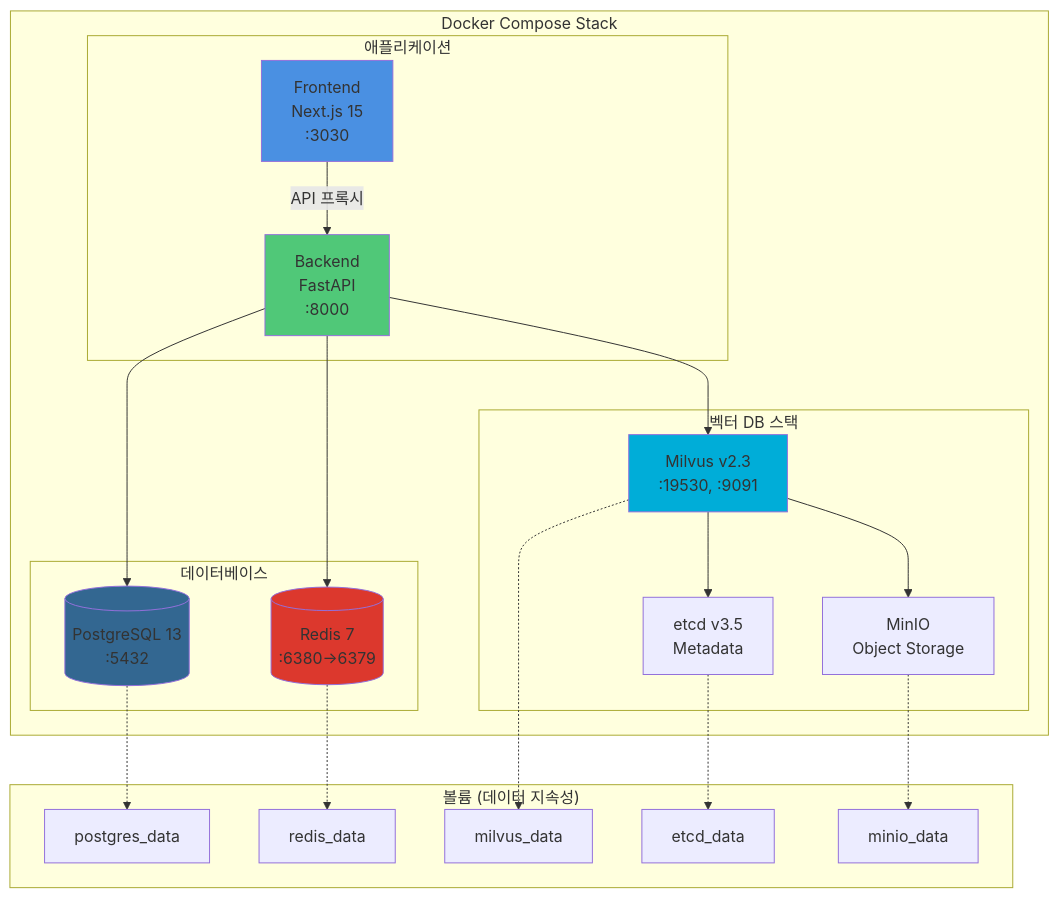
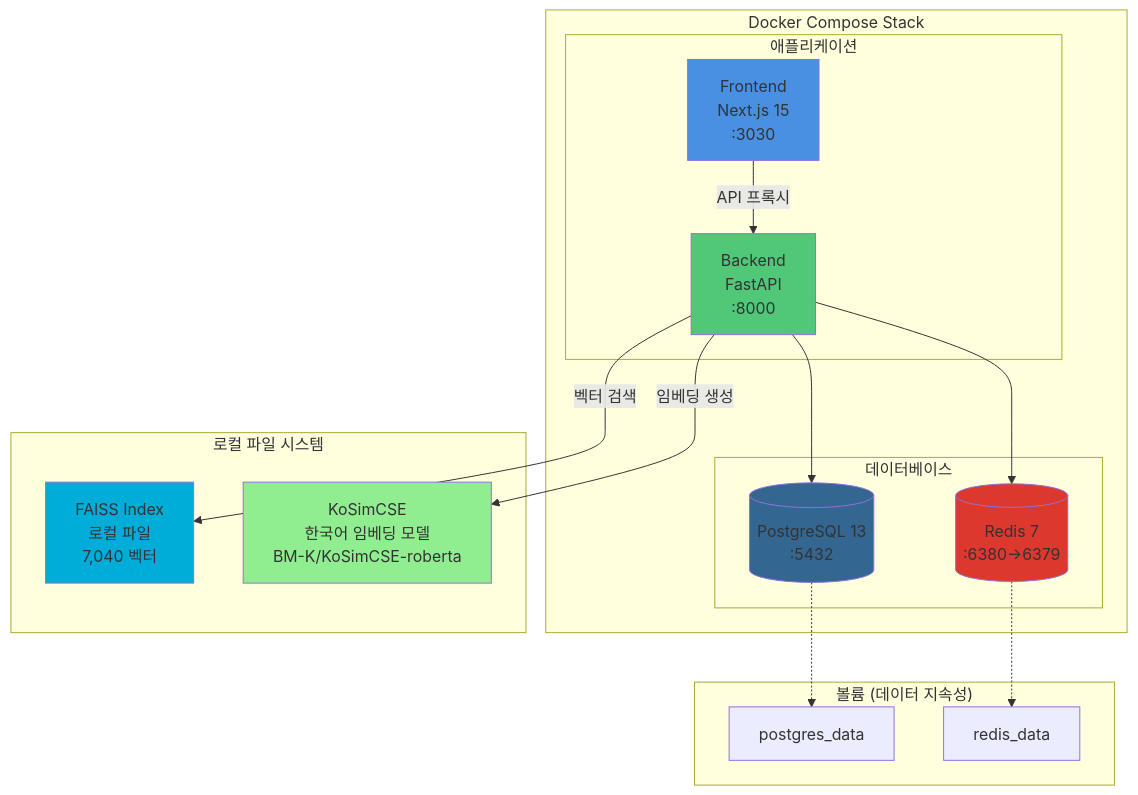
The diagram in docs/architecture/infrastructure.md (atototo/azak-ting), drawn with Mermaid before and after one commit. The commit also changed other lines of this file and 7 other files, not shown here.

````diff
--- a/docs/architecture/infrastructure.md
+++ b/docs/architecture/infrastructure.md
@@ -26,48 +25,40 @@
 ```mermaid
 graph TB
     subgraph "Docker Compose Stack"
         subgraph "애플리케이션"
             Frontend[Frontend<br/>Next.js 15<br/>:3030]
             Backend[Backend<br/>FastAPI<br/>:8000]
         end
 
         subgraph "데이터베이스"
             Postgres[(PostgreSQL 13<br/>:5432)]
             Redis[(Redis 7<br/>:6380→6379)]
         end
+    end
 
-        subgraph "벡터 DB 스택"
-            Milvus[Milvus v2.3<br/>:19530, :9091]
-            MinIO[MinIO<br/>Object Storage]
-            Etcd[etcd v3.5<br/>Metadata]
-        end
+    subgraph "로컬 파일 시스템"
+        FAISS[FAISS Index<br/>로컬 파일<br/>7,040 벡터]
+        EmbedModel[KoSimCSE<br/>한국어 임베딩 모델<br/>BM-K/KoSimCSE-roberta]
     end
 
     subgraph "볼륨 (데이터 지속성)"
         PGVol[postgres_data]
         RedisVol[redis_data]
-        MilvusVol[milvus_data]
-        EtcdVol[etcd_data]
-        MinIOVol[minio_data]
     end
 
     Frontend -->|API 프록시| Backend
     Backend --> Postgres
     Backend --> Redis
-    Backend --> Milvus
-
-    Milvus --> Etcd
-    Milvus --> MinIO
+    Backend -->|벡터 검색| FAISS
+    Backend -->|임베딩 생성| EmbedModel
 
     Postgres -.-> PGVol
     Redis -.-> RedisVol
-    Milvus -.-> MilvusVol
-    Etcd -.-> EtcdVol
-    MinIO -.-> MinIOVol
 
     style Frontend fill:#4A90E2
     style Backend fill:#50C878
     style Postgres fill:#336791
     style Redis fill:#DC382D
-    style Milvus fill:#00ADD8
+    style FAISS fill:#00ADD8
+    style EmbedModel fill:#90EE90
 ```
````
